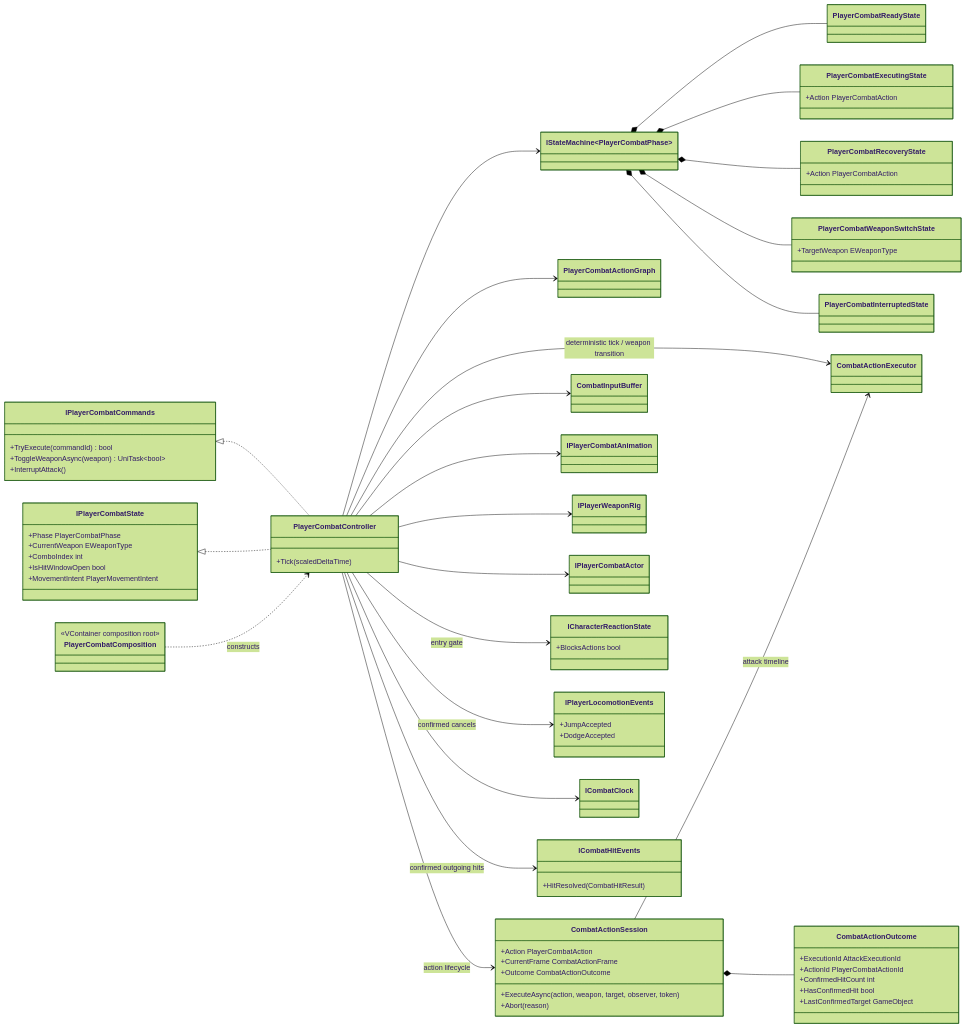
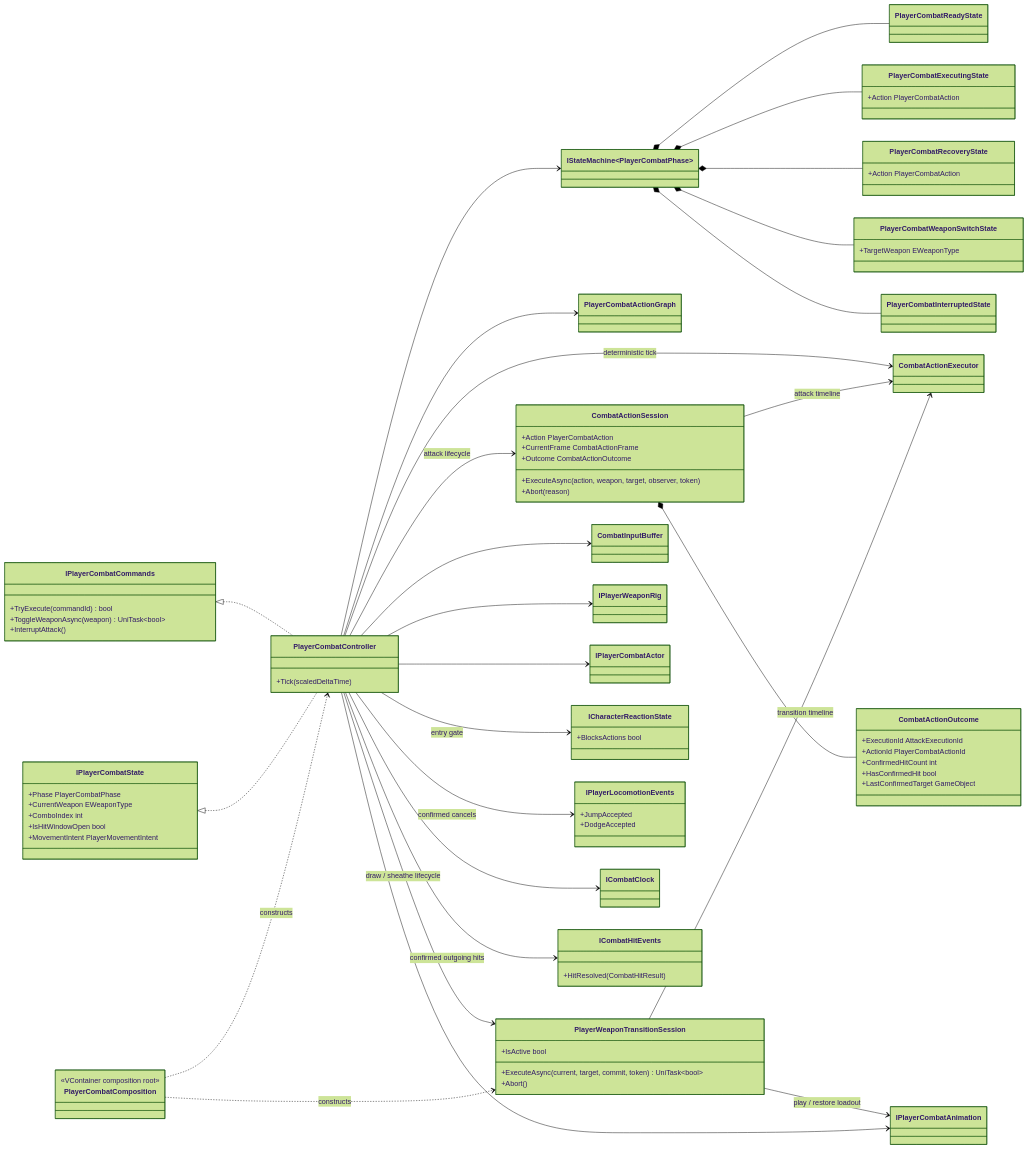
One commit to MaximFonariuc/project-s changed the first of 3 diagrams in Docs/Architecture/Player.Combat.md. Above: the diagram before and after it, drawn with Mermaid (forest theme). The commit also changed other lines of this file and 8 other files, not shown here.

Commit message:
refactor(combat): isolate weapon transition session

````diff
--- a/Docs/Architecture/Player.Combat.md
+++ b/Docs/Architecture/Player.Combat.md
@@ -134,6 +134,11 @@
         +ExecuteAsync(action, weapon, target, observer, token)
         +Abort(reason)
     }
+    class PlayerWeaponTransitionSession {
+        +IsActive bool
+        +ExecuteAsync(current, target, commit, token) UniTask~bool~
+        +Abort()
+    }
     class CombatInputBuffer
     class IPlayerCombatAnimation
     class IPlayerWeaponRig
@@ -158,9 +163,12 @@
     PlayerCombatController --> IStateMachine~PlayerCombatPhase~
     PlayerCombatController --> PlayerCombatActionGraph
     PlayerCombatController --> ICombatHitEvents : confirmed outgoing hits
-    PlayerCombatController --> CombatActionSession : action lifecycle
-    PlayerCombatController --> CombatActionExecutor : deterministic tick / weapon transition
+    PlayerCombatController --> CombatActionSession : attack lifecycle
+    PlayerCombatController --> PlayerWeaponTransitionSession : draw / sheathe lifecycle
+    PlayerCombatController --> CombatActionExecutor : deterministic tick
     CombatActionSession --> CombatActionExecutor : attack timeline
+    PlayerWeaponTransitionSession --> CombatActionExecutor : transition timeline
+    PlayerWeaponTransitionSession --> IPlayerCombatAnimation : play / restore loadout
     CombatActionSession *-- CombatActionOutcome
     PlayerCombatController --> CombatInputBuffer
     PlayerCombatController --> IPlayerCombatAnimation
@@ -175,4 +183,5 @@
     IStateMachine~PlayerCombatPhase~ *-- PlayerCombatWeaponSwitchState
     IStateMachine~PlayerCombatPhase~ *-- PlayerCombatInterruptedState
     PlayerCombatComposition ..> PlayerCombatController : constructs
+    PlayerCombatComposition ..> PlayerWeaponTransitionSession : constructs
 ```
````
